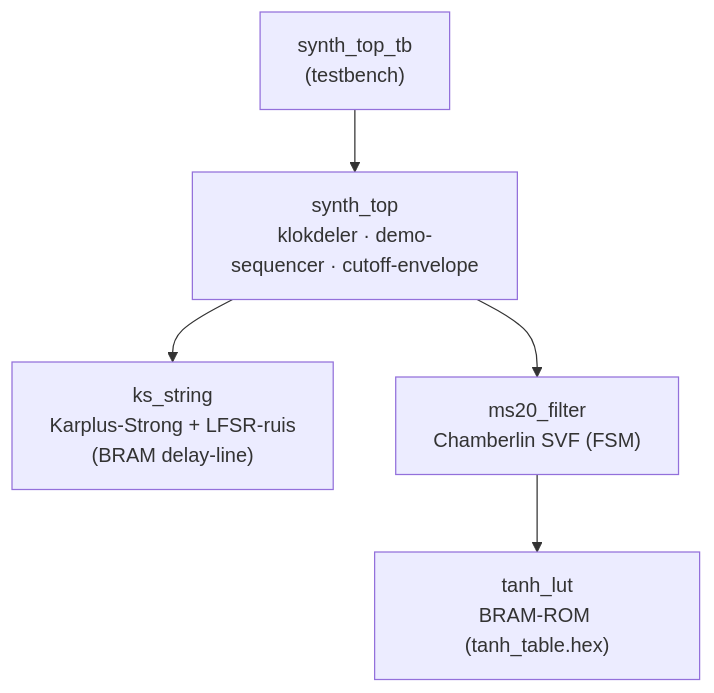
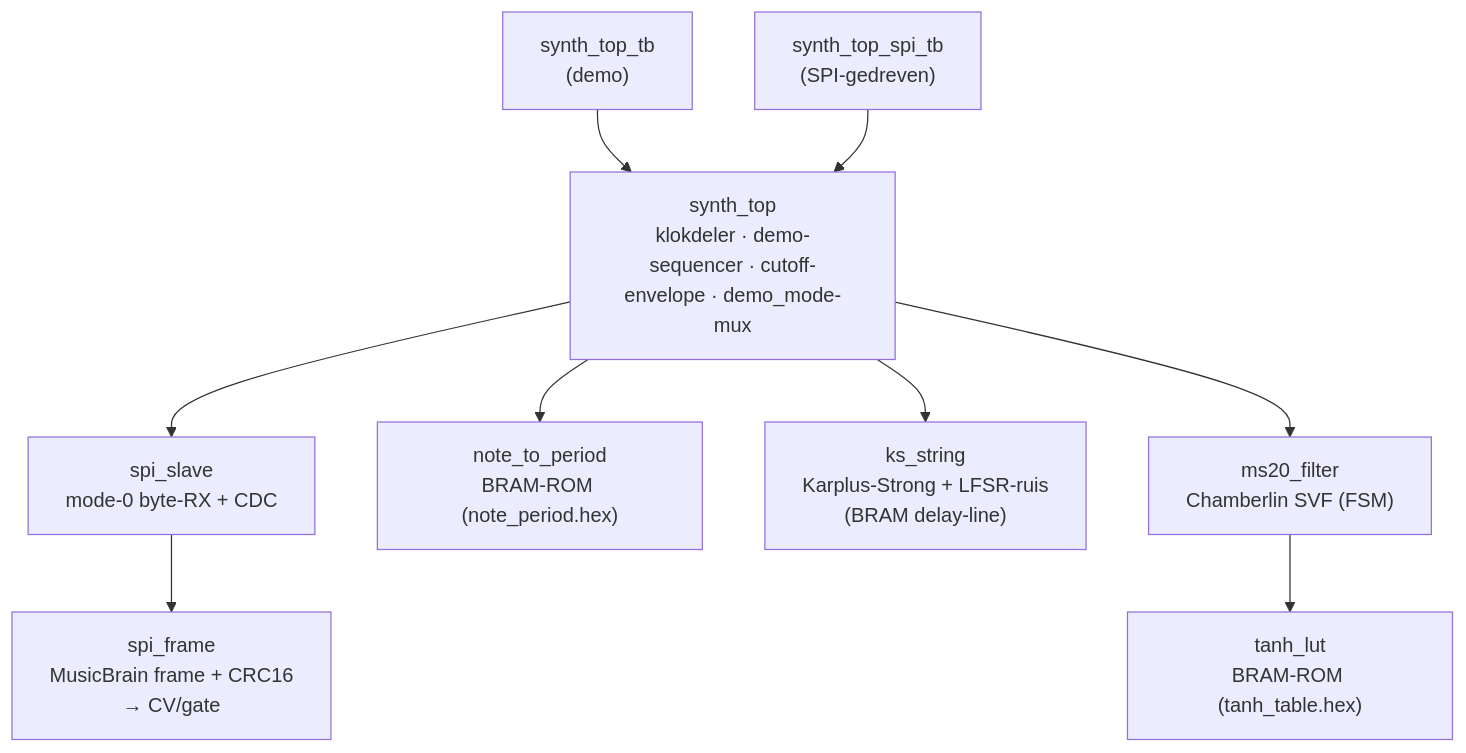
The second of 4 diagrams in doc/ARCHITECTURE.md (MarkWestbroek/FPGA_MS20_synth_voice), drawn with Mermaid before and after one commit. The commit also changed other lines of this file and 11 other files, not shown here.

First line of the commit message:
Fase 2: synth_top wiring — SPI-CV's naar audio (end-to-end)

````diff
--- a/doc/ARCHITECTURE.md
+++ b/doc/ARCHITECTURE.md
@@ -38,7 +38,12 @@
 ```mermaid
 flowchart TD
-  TB["synth_top_tb\n(testbench)"] --> TOP["synth_top\nklokdeler · demo-sequencer · cutoff-envelope"]
+  TB["synth_top_tb\n(demo)"] --> TOP
+  TBS["synth_top_spi_tb\n(SPI-gedreven)"] --> TOP
+  TOP["synth_top\nklokdeler · demo-sequencer · cutoff-envelope · demo_mode-mux"]
+  TOP --> SLAVE["spi_slave\nmode-0 byte-RX + CDC"]
+  SLAVE --> FRAME["spi_frame\nMusicBrain frame + CRC16\n→ CV/gate"]
+  TOP --> N2P["note_to_period\nBRAM-ROM (note_period.hex)"]
   TOP --> KS["ks_string\nKarplus-Strong + LFSR-ruis\n(BRAM delay-line)"]
   TOP --> FILT["ms20_filter\nChamberlin SVF (FSM)"]
   FILT --> TANH["tanh_lut\nBRAM-ROM (tanh_table.hex)"]
 ```
````
